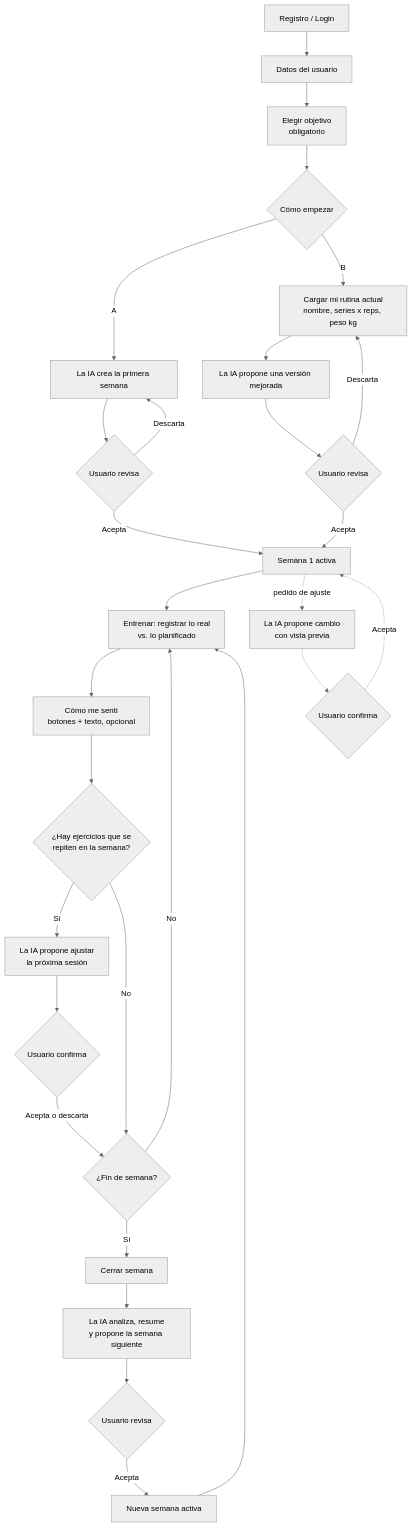
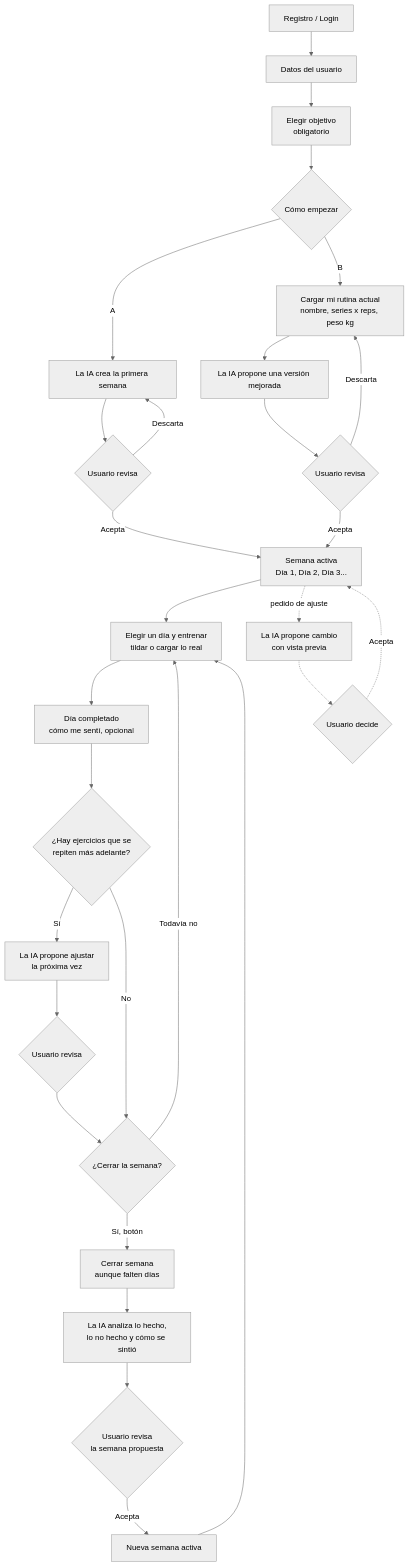
The diagram in docs/flujo-app.md (Chogarn/Spotter), drawn with Mermaid (neutral theme) before and after one commit. The commit also changed other lines of this file and 3 other files, not shown here.

````diff
--- a/docs/flujo-app.md
+++ b/docs/flujo-app.md
@@ -19,31 +20,31 @@
 ```mermaid
 flowchart TD
     A[Registro / Login] --> B[Datos del usuario]
     B --> C[Elegir objetivo<br/>obligatorio]
     C --> D{Cómo empezar}
     D -->|A| E[La IA crea la primera semana]
     D -->|B| F[Cargar mi rutina actual<br/>nombre, series x reps, peso kg]
     F --> G[La IA propone una versión mejorada]
     G --> H{Usuario revisa}
-    H -->|Acepta| I[Semana 1 activa]
+    H -->|Acepta| I[Semana activa<br/>Día 1, Día 2, Día 3...]
     H -->|Descarta| F
     E --> J{Usuario revisa}
     J -->|Acepta| I
     J -->|Descarta| E
-    I --> K[Entrenar: registrar lo real<br/>vs. lo planificado]
-    K --> L[Cómo me sentí<br/>botones + texto, opcional]
-    L --> M{¿Hay ejercicios que se<br/>repiten en la semana?}
-    M -->|Sí| N[La IA propone ajustar<br/>la próxima sesión]
-    N --> O{Usuario confirma}
-    O -->|Acepta o descarta| P
-    M -->|No| P{¿Fin de semana?}
-    P -->|No| K
-    P -->|Sí| Q[Cerrar semana]
-    Q --> R[La IA analiza, resume<br/>y propone la semana siguiente]
-    R --> S{Usuario revisa}
+    I --> K[Elegir un día y entrenar<br/>tildar o cargar lo real]
+    K --> L[Día completado<br/>cómo me sentí, opcional]
+    L --> M{¿Hay ejercicios que se<br/>repiten más adelante?}
+    M -->|Sí| N[La IA propone ajustar<br/>la próxima vez]
+    N --> O{Usuario revisa}
+    O --> P
+    M -->|No| P{¿Cerrar la semana?}
+    P -->|Todavía no| K
+    P -->|Sí, botón| Q[Cerrar semana<br/>aunque falten días]
+    Q --> R[La IA analiza lo hecho,<br/>lo no hecho y cómo se sintió]
+    R --> S{Usuario revisa<br/>la semana propuesta}
     S -->|Acepta| T[Nueva semana activa]
     T --> K
     I -. pedido de ajuste .-> U[La IA propone cambio<br/>con vista previa]
-    U -.-> V{Usuario confirma}
+    U -.-> V{Usuario decide}
     V -.->|Acepta| I
 ```
````
